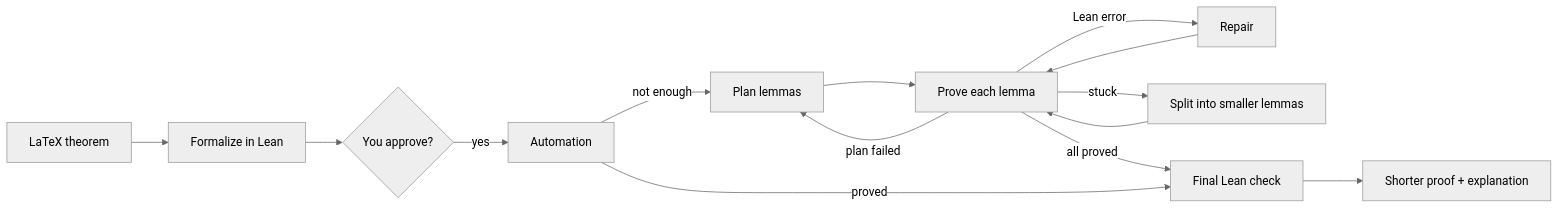
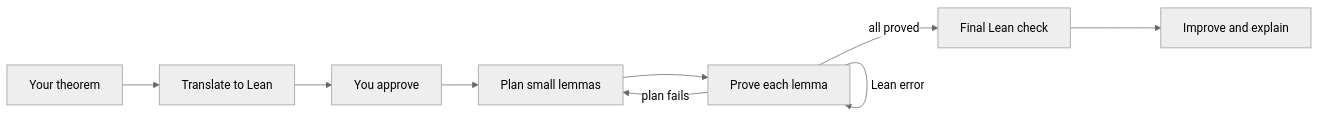
The diagram in README.md (pmehrotra3/math-finder), drawn with Mermaid (neutral theme) before and after one commit. The commit also changed other lines of this file and 37 other files, not shown here.

````diff
--- a/README.md
+++ b/README.md
@@ -10,16 +26,11 @@
 ```mermaid
 flowchart LR
-    A[LaTeX theorem] --> B[Formalize in Lean]
-    B --> C{You approve?}
-    C -->|yes| D[Automation]
-    D -->|not enough| E[Plan lemmas]
-    E --> F[Prove each lemma]
-    F -->|Lean error| G[Repair]
-    G --> F
-    F -->|stuck| H[Split into smaller lemmas]
-    H --> F
-    F -->|all proved| I[Final Lean check]
-    F -->|plan failed| E
-    D -->|proved| I
-    I --> J[Shorter proof + explanation]
+    A[Your theorem] --> B[Translate to Lean]
+    B --> C[You approve]
+    C --> D[Plan small lemmas]
+    D --> E[Prove each lemma]
+    E -->|all proved| F[Final Lean check]
+    F --> G[Improve and explain]
+    E -->|Lean error| E
+    E -->|plan fails| D
 ```
````
